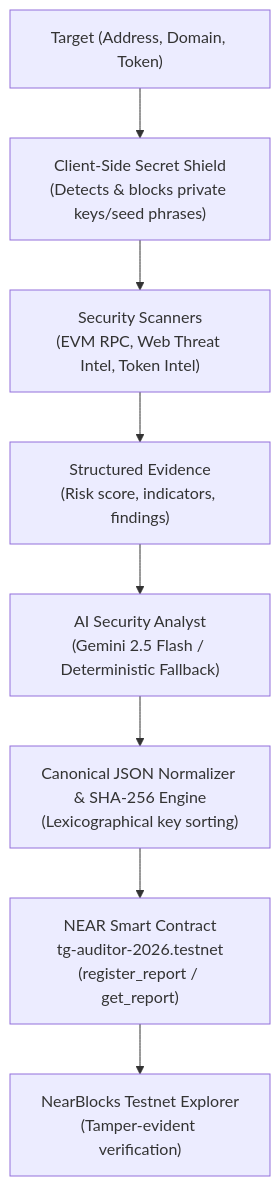
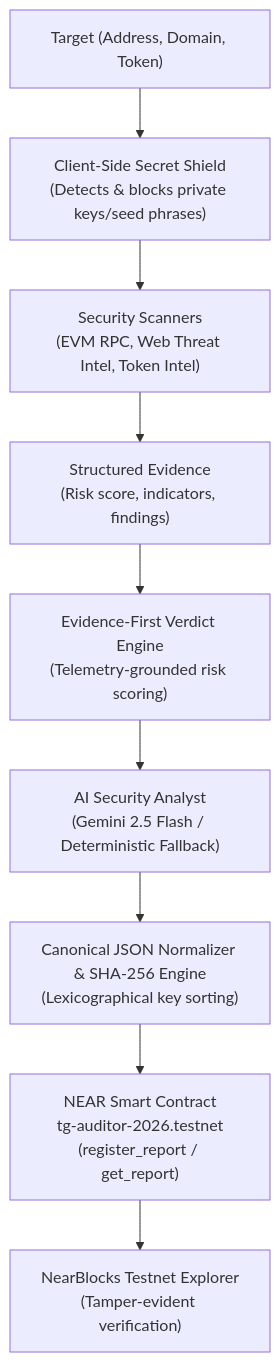
The diagram in README.md (Prince145652/TrustGuard-AI), drawn with Mermaid before and after one commit. The commit also changed other lines of this file, not shown here.

Commit message:
docs: finalize judge-ready README with evidence-first verdicts, verified test metrics, and NEAR contract interface

````diff
--- a/README.md
+++ b/README.md
@@ -43,10 +54,11 @@
 ```mermaid
 flowchart TD
     Target["Target (Address, Domain, Token)"] --> Shield["Client-Side Secret Shield\n(Detects & blocks private keys/seed phrases)"]
     Shield --> Scanners["Security Scanners\n(EVM RPC, Web Threat Intel, Token Intel)"]
     Scanners --> Evidence["Structured Evidence\n(Risk score, indicators, findings)"]
-    Evidence --> Analyst["AI Security Analyst\n(Gemini 2.5 Flash / Deterministic Fallback)"]
+    Evidence --> Verdict["Evidence-First Verdict Engine\n(Telemetry-grounded risk scoring)"]
+    Verdict --> Analyst["AI Security Analyst\n(Gemini 2.5 Flash / Deterministic Fallback)"]
     Analyst --> Hasher["Canonical JSON Normalizer & SHA-256 Engine\n(Lexicographical key sorting)"]
     Hasher --> Contract["NEAR Smart Contract\ntg-auditor-2026.testnet\n(register_report / get_report)"]
     Contract --> NearBlocks["NearBlocks Testnet Explorer\n(Tamper-evident verification)"]
 ```
````
